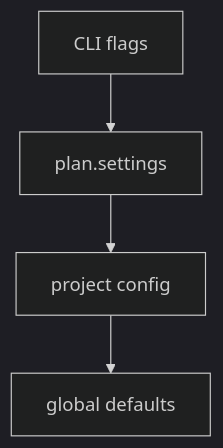
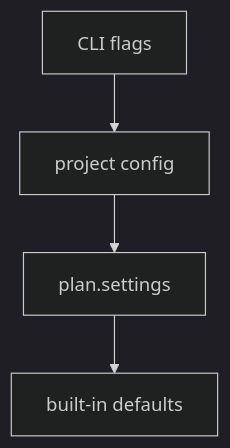
The first of 8 diagrams in docs/orchestration.md (opus-domini/praetor), drawn with Mermaid before and after one commit. The commit also changed other lines of this file and 1 other file, not shown here.

First line of the commit message:
fix: correct all orchestration diagrams against actual implementation

````diff
--- a/docs/orchestration.md
+++ b/docs/orchestration.md
@@ -206,10 +208,10 @@
 ```mermaid
 ---
 config:
   theme: dark
 ---
 flowchart TD
-    A[CLI flags] --> B[plan.settings]
-    B --> C[project config]
-    C --> D[global defaults]
+    A[CLI flags] --> B[project config]
+    B --> C[plan.settings]
+    C --> D[built-in defaults]
 ```
````
